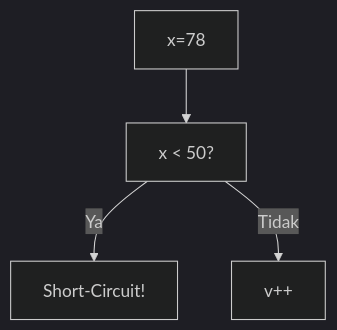
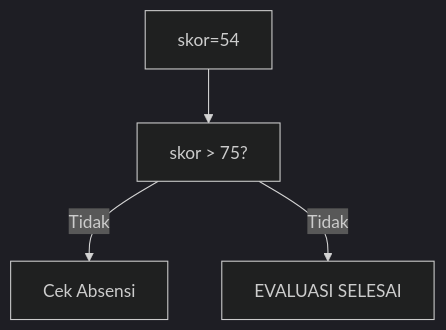
Before and after one commit to amnahwaida/OSNK_INF_PREP: diagram 15 of 25 in part-c-pemahaman-cpp/02-percabangan/latihan/set-01.md, drawn with Mermaid (dark theme). The commit also changed other lines of this file and 71 other files, not shown here.

````diff
--- a/part-c-pemahaman-cpp/02-percabangan/latihan/set-01.md
+++ b/part-c-pemahaman-cpp/02-percabangan/latihan/set-01.md
@@ -417,6 +435,6 @@
 ```mermaid
 graph TD
-A["x=78"] --> B["x < 50?"]
-B -- Ya --> C["Short-Circuit!"]
-B -- Tidak --> D["v++"]
+A["skor=54"] --> B["skor > 75?"]
+B -- Tidak --> C["Cek Absensi"]
+B -- Tidak --> D["EVALUASI SELESAI"]
 ```
````
